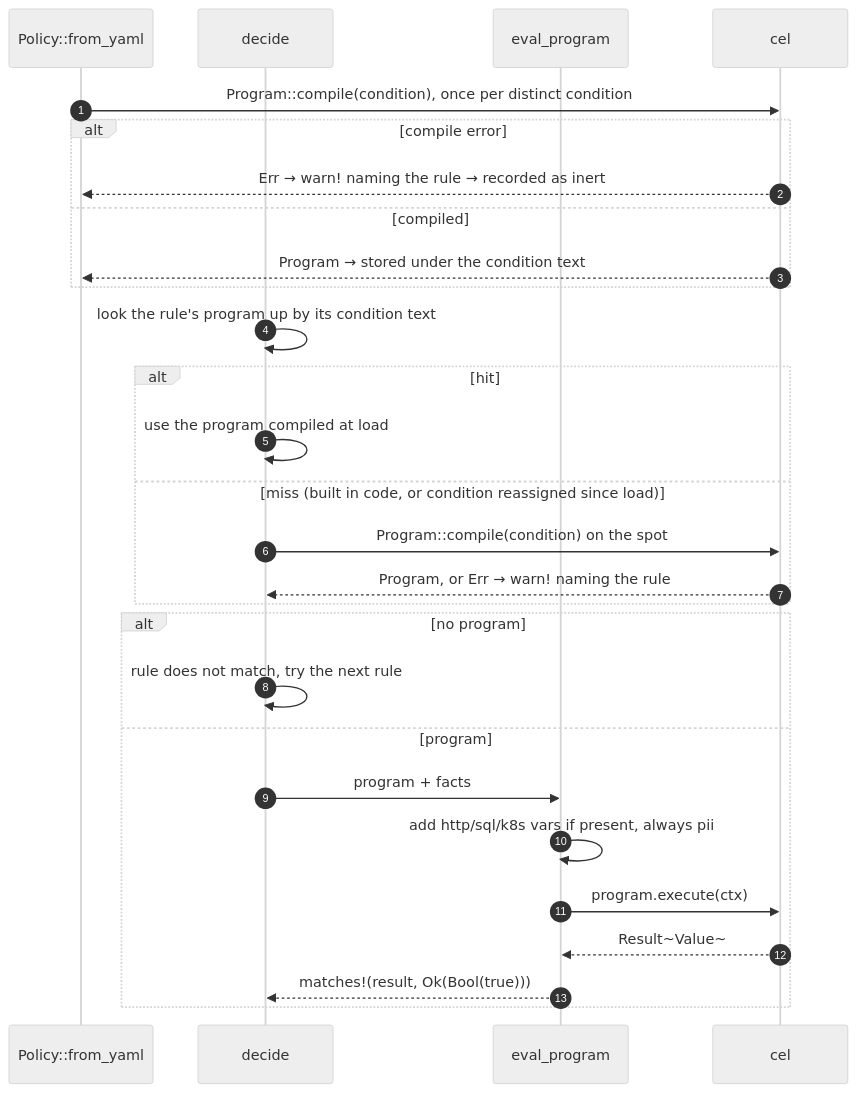
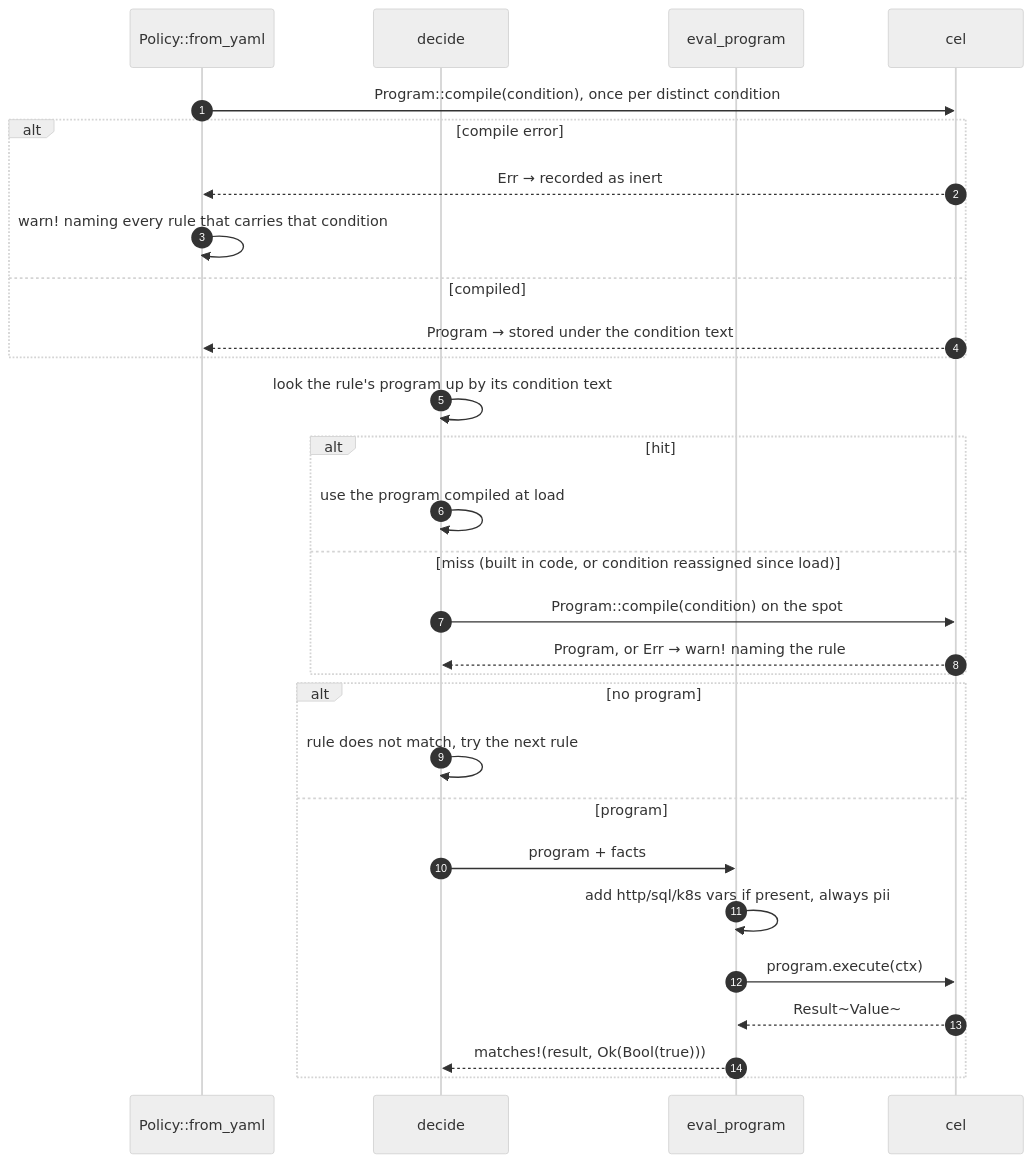
The third of 3 diagrams in wiki/deep-dive/policy-engine.md (pleaseai/honmoon), drawn with Mermaid (neutral theme) before and after one commit. The commit also changed other lines of this file and 1 other file, not shown here.

First line of the commit message:
docs(wiki): say that the inert-rule warning is per rule, not per condition

````diff
--- a/wiki/deep-dive/policy-engine.md
+++ b/wiki/deep-dive/policy-engine.md
@@ -154,30 +160,31 @@
 ```mermaid
 sequenceDiagram
   autonumber
   participant L as Policy::from_yaml
   participant D as decide
   participant EP as eval_program
   participant CEL as cel
   L->>CEL: Program::compile(condition), once per distinct condition
   alt compile error
-    CEL-->>L: Err → warn! naming the rule → recorded as inert
+    CEL-->>L: Err → recorded as inert
+    L->>L: warn! naming every rule that carries that condition
   else compiled
     CEL-->>L: Program → stored under the condition text
   end
   D->>D: look the rule's program up by its condition text
   alt hit
     D->>D: use the program compiled at load
   else miss (built in code, or condition reassigned since load)
     D->>CEL: Program::compile(condition) on the spot
     CEL-->>D: Program, or Err → warn! naming the rule
   end
   alt no program
     D->>D: rule does not match, try the next rule
   else program
     D->>EP: program + facts
     EP->>EP: add http/sql/k8s vars if present, always pii
     EP->>CEL: program.execute(ctx)
     CEL-->>EP: Result~Value~
     EP-->>D: matches!(result, Ok(Bool(true)))
   end
 ```
````
